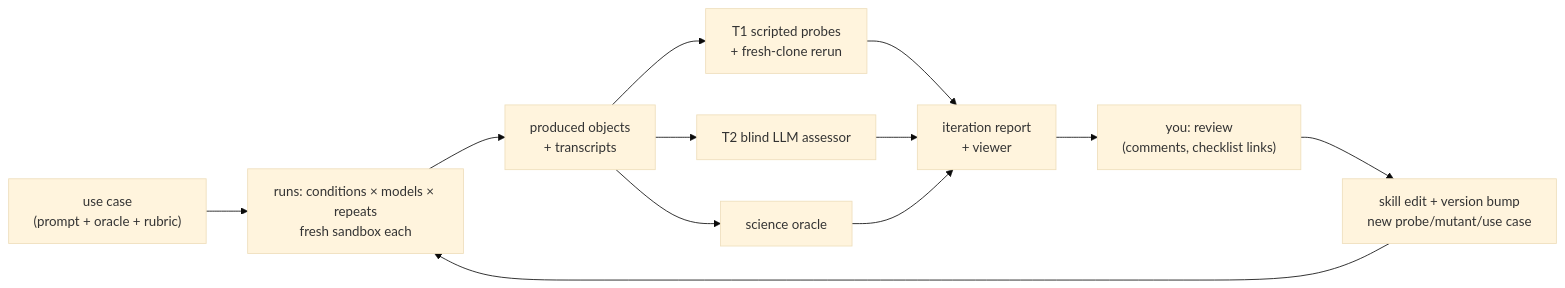
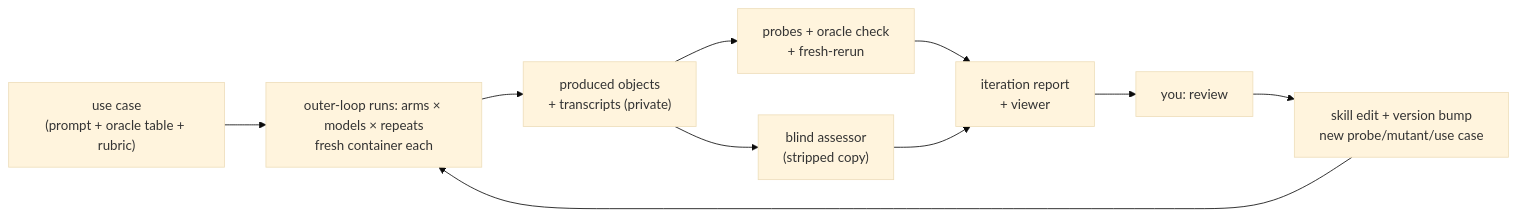
Before and after one commit to con/skills: the second of 2 diagrams in docs/stamped/PLAN.md, drawn with Mermaid (base theme). The commit also changed other lines of this file and 4 other files, not shown here.

````diff
--- a/docs/stamped/PLAN.md
+++ b/docs/stamped/PLAN.md
@@ -512,12 +355,11 @@
 ```mermaid
 flowchart LR
-  uc["use case<br/>(prompt + oracle + rubric)"] --> run["runs: conditions × models × repeats<br/>fresh sandbox each"]
-  run --> obj["produced objects<br/>+ transcripts"]
-  obj --> g1["T1 scripted probes<br/>+ fresh-clone rerun"]
-  obj --> g2["T2 blind LLM assessor"]
-  obj --> sci["science oracle"]
-  g1 & g2 & sci --> rep["iteration report<br/>+ viewer"]
-  rep --> you["you: review<br/>(comments, checklist links)"]
+  uc["use case<br/>(prompt + oracle table + rubric)"] --> run["outer-loop runs: arms × models × repeats<br/>fresh container each"]
+  run --> obj["produced objects<br/>+ transcripts (private)"]
+  obj --> g1["probes + oracle check<br/>+ fresh-rerun"]
+  obj --> g2["blind assessor<br/>(stripped copy)"]
+  g1 & g2 --> rep["iteration report<br/>+ viewer"]
+  rep --> you["you: review"]
   you --> edit["skill edit + version bump<br/>new probe/mutant/use case"]
   edit --> run
 ```
````
